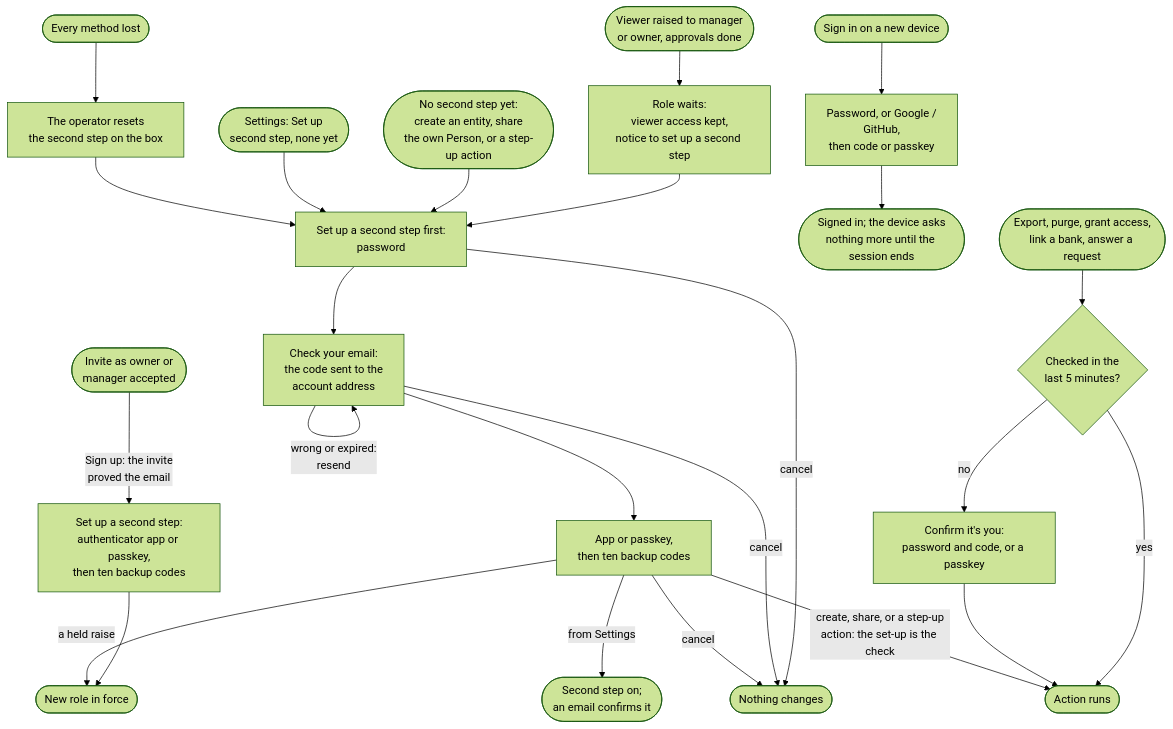
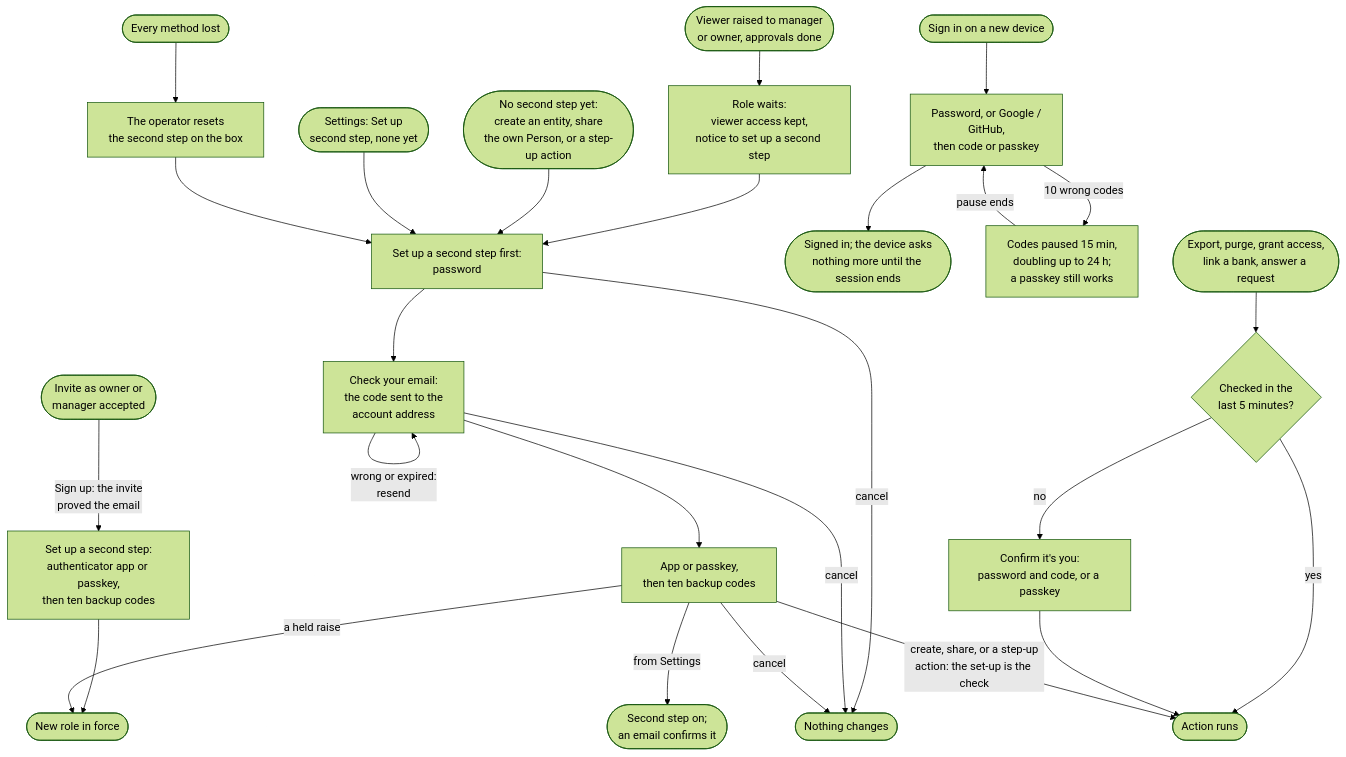
The diagram in docs/DESIGN/flows/second-step-flow.md (richmosko/polycarpic), drawn with Mermaid (forest theme) before and after one commit. The commit also changed other lines of this file and 10 other files, not shown here.

````diff
--- a/docs/DESIGN/flows/second-step-flow.md
+++ b/docs/DESIGN/flows/second-step-flow.md
@@ -5,27 +5,29 @@
 ```mermaid
 flowchart TD
   invite([Invite as owner or\nmanager accepted]) -- "Sign up: the invite\nproved the email" --> enrol
   raise([Viewer raised to manager\nor owner, approvals done]) --> held[Role waits:\nviewer access kept,\nnotice to set up a second step]
   held --> gate
   enrol[Set up a second step:\nauthenticator app or passkey,\nthen ten backup codes]
   enrol --> active([New role in force])
   signin([Sign in on a new device]) --> ask[Password, or Google /\nGitHub,\nthen code or passkey]
   ask --> known([Signed in; the device asks\nnothing more until the session ends])
+  ask -- "10 wrong codes" --> paused[Codes paused 15 min,\ndoubling up to 24 h;\na passkey still works]
+  paused -- "pause ends" --> ask
   risky([Export, purge, grant access,\nlink a bank, answer a request]) --> fresh{Checked in the\nlast 5 minutes?}
   fresh -- yes --> go([Action runs])
   fresh -- no --> stepup[Confirm it's you:\npassword and code, or a passkey]
   stepup --> go
   first([No second step yet:\ncreate an entity, share\nthe own Person, or a step-up action]) --> gate[Set up a second step first:\npassword]
   settings([Settings: Set up\nsecond step, none yet]) --> gate
   gate --> mail[Check your email:\nthe code sent to the\naccount address]
   mail -- "wrong or expired:\nresend" --> mail
   mail --> setup[App or passkey,\nthen ten backup codes]
   gate -- cancel --> none([Nothing changes])
   mail -- cancel --> none
   setup -- cancel --> none
   setup -- "create, share, or a step-up\naction: the set-up is the check" --> go
   setup -- "a held raise" --> active
   setup -- "from Settings" --> on([Second step on;\nan email confirms it])
   lost([Every method lost]) --> reset[The operator resets\nthe second step on the box]
   reset --> gate
 ```
````
